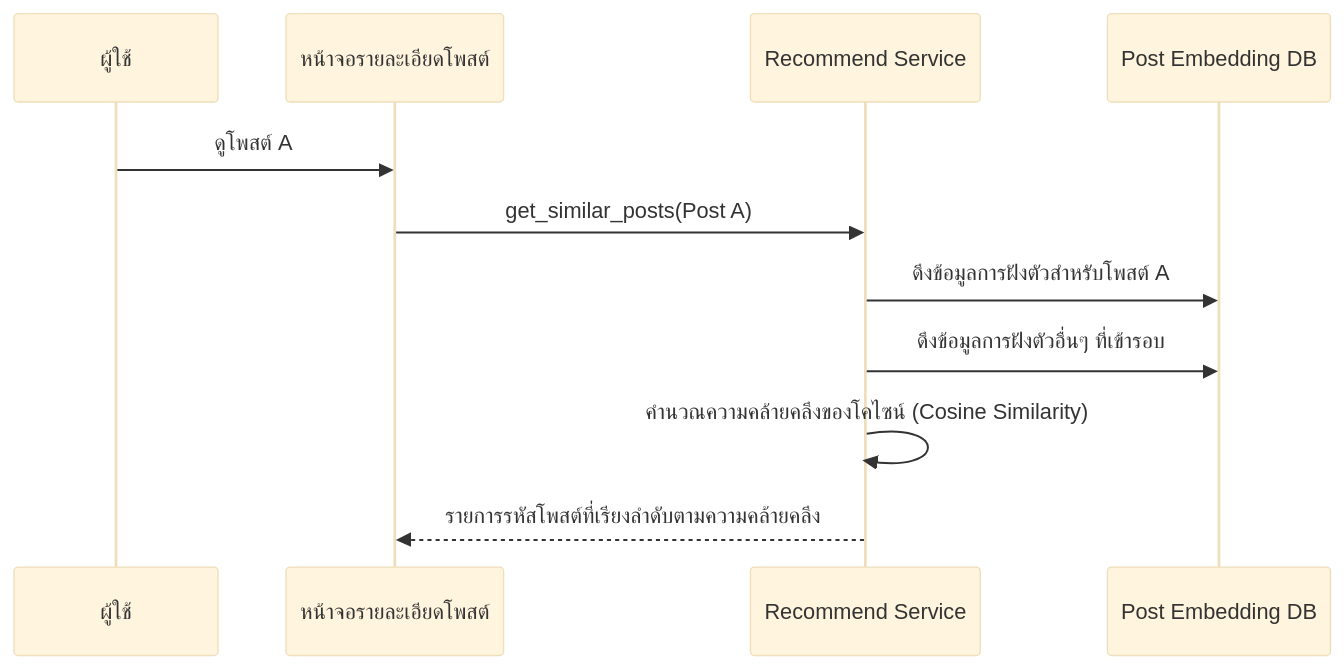
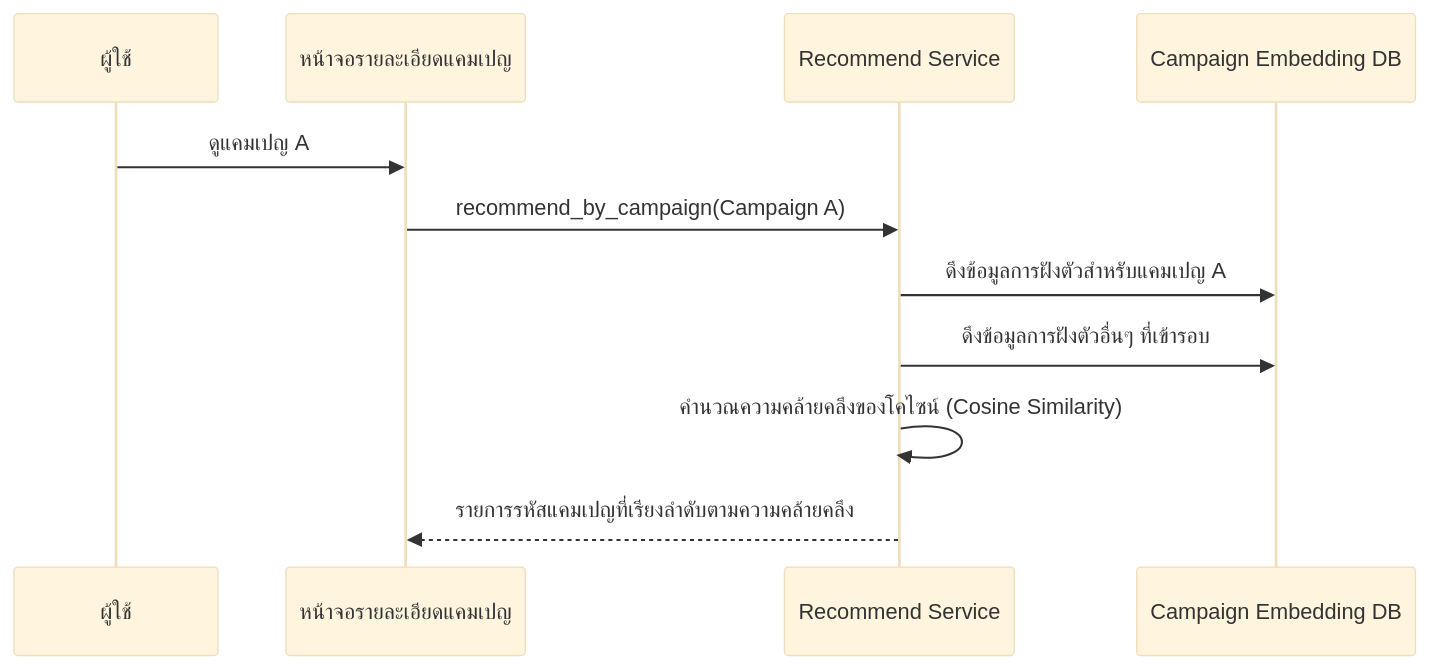
The diagram in docs/developer_manual/th/post_recommend_module_manual.md (o-kard/okard-backend), drawn with Mermaid (base theme) before and after one commit. The commit also changed other lines of this file and 11 other files, not shown here.

````diff
--- a/docs/developer_manual/th/post_recommend_module_manual.md
+++ b/docs/developer_manual/th/post_recommend_module_manual.md
@@ -23,14 +23,14 @@
 ```mermaid
 sequenceDiagram
     participant User as ผู้ใช้
-    participant Det as หน้าจอรายละเอียดโพสต์
+    participant Det as หน้าจอรายละเอียดแคมเปญ
     participant Svc as Recommend Service
-    participant DB as Post Embedding DB
+    participant DB as Campaign Embedding DB
 
-    User->>Det: ดูโพสต์ A
-    Det->>Svc: get_similar_posts(Post A)
-    Svc->>DB: ดึงข้อมูลการฝังตัวสำหรับโพสต์ A
+    User->>Det: ดูแคมเปญ A
+    Det->>Svc: recommend_by_campaign(Campaign A)
+    Svc->>DB: ดึงข้อมูลการฝังตัวสำหรับแคมเปญ A
     Svc->>DB: ดึงข้อมูลการฝังตัวอื่นๆ ที่เข้ารอบ
     Svc->>Svc: คำนวณความคล้ายคลึงของโคไซน์ (Cosine Similarity)
-    Svc-->>Det: รายการรหัสโพสต์ที่เรียงลำดับตามความคล้ายคลึง
+    Svc-->>Det: รายการรหัสแคมเปญที่เรียงลำดับตามความคล้ายคลึง
 ```
````
